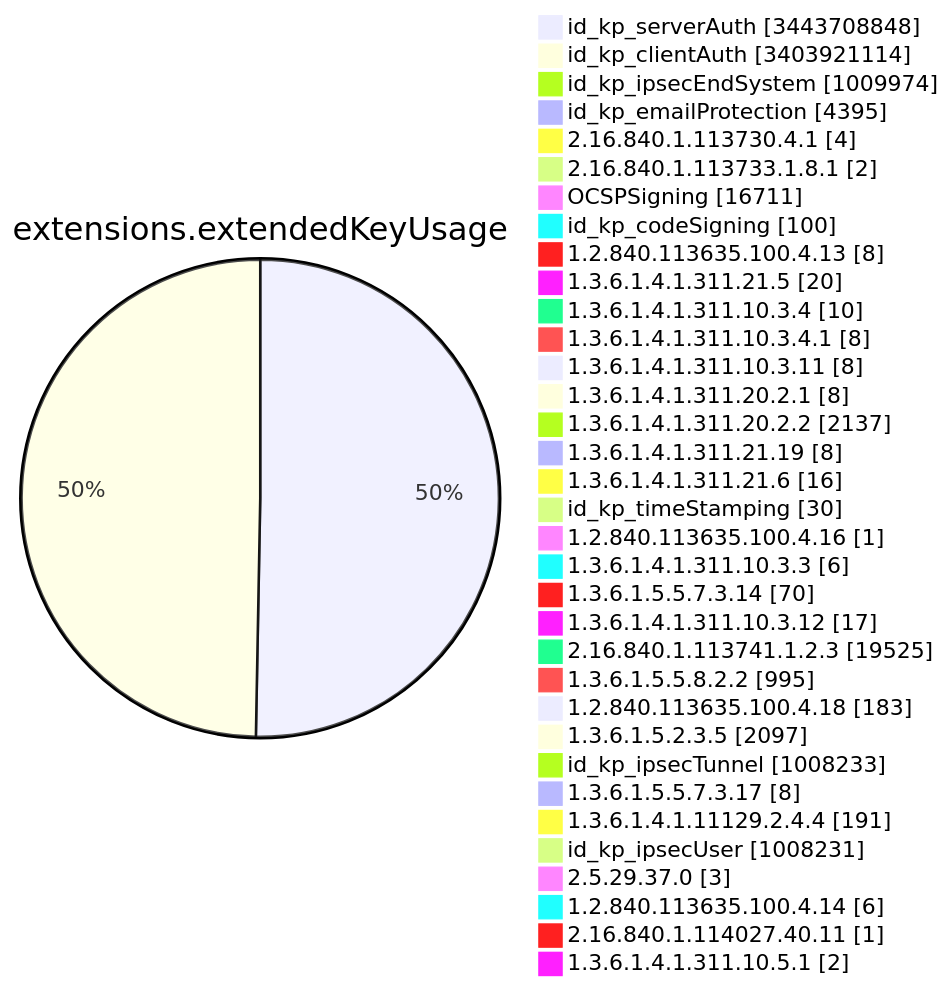
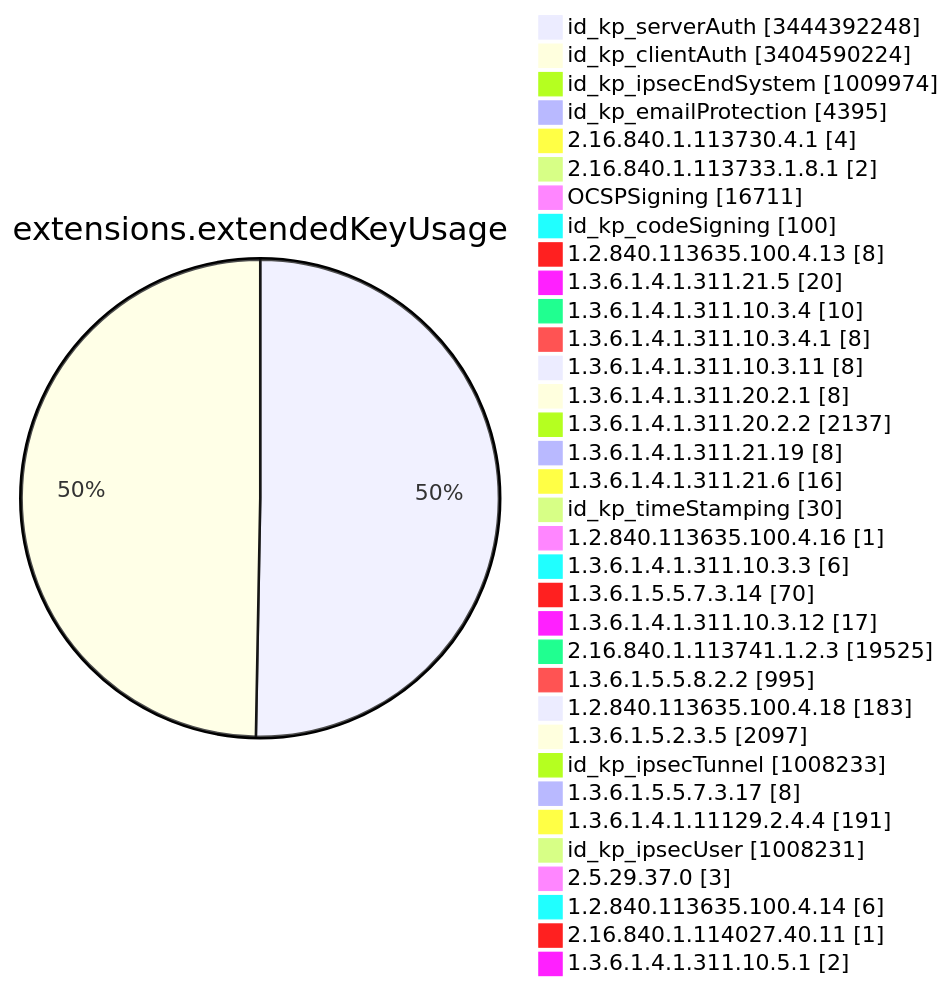
Before and after one commit to christiankrug/ctmonitor_visualization: diagram 11 of 15 in TOTAL/README.md, drawn with Mermaid. The commit also changed other lines of this file, not shown here.

````diff
--- a/TOTAL/README.md
+++ b/TOTAL/README.md
@@ -4123,38 +4123,38 @@
 ```mermaid
 pie showData
 title extensions.extendedKeyUsage
-"id_kp_serverAuth" :3443708848
-"id_kp_clientAuth" :3403921114
+"id_kp_serverAuth" :3444392248
+"id_kp_clientAuth" :3404590224
 "id_kp_ipsecEndSystem" :1009974
 "id_kp_emailProtection" :4395
 "2.16.840.1.113730.4.1" :4
 "2.16.840.1.113733.1.8.1" :2
 "OCSPSigning" :16711
 "id_kp_codeSigning" :100
 "1.2.840.113635.100.4.13" :8
 "1.3.6.1.4.1.311.21.5" :20
 "1.3.6.1.4.1.311.10.3.4" :10
 "1.3.6.1.4.1.311.10.3.4.1" :8
 "1.3.6.1.4.1.311.10.3.11" :8
 "1.3.6.1.4.1.311.20.2.1" :8
 "1.3.6.1.4.1.311.20.2.2" :2137
 "1.3.6.1.4.1.311.21.19" :8
 "1.3.6.1.4.1.311.21.6" :16
 "id_kp_timeStamping" :30
 "1.2.840.113635.100.4.16" :1
 "1.3.6.1.4.1.311.10.3.3" :6
 "1.3.6.1.5.5.7.3.14" :70
 "1.3.6.1.4.1.311.10.3.12" :17
 "2.16.840.1.113741.1.2.3" :19525
 "1.3.6.1.5.5.8.2.2" :995
 "1.2.840.113635.100.4.18" :183
 "1.3.6.1.5.2.3.5" :2097
 "id_kp_ipsecTunnel" :1008233
 "1.3.6.1.5.5.7.3.17" :8
 "1.3.6.1.4.1.11129.2.4.4" :191
 "id_kp_ipsecUser" :1008231
 "2.5.29.37.0" :3
 "1.2.840.113635.100.4.14" :6
 "2.16.840.1.114027.40.11" :1
 "1.3.6.1.4.1.311.10.5.1" :2
 ```
````
